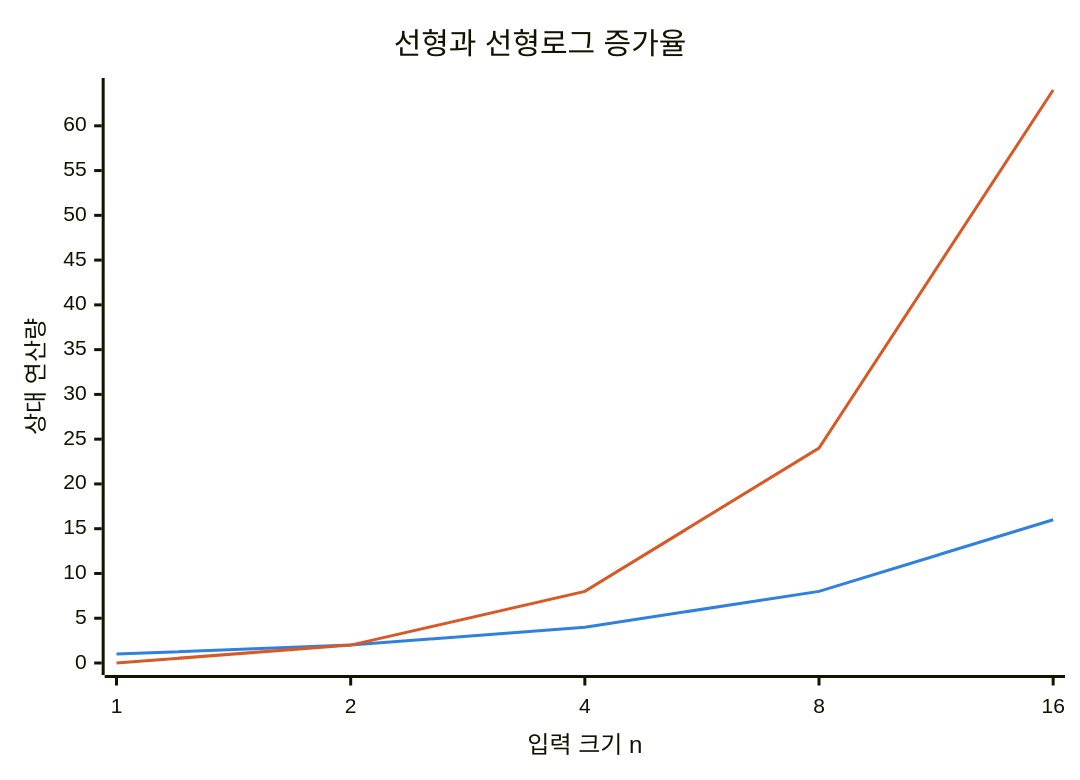
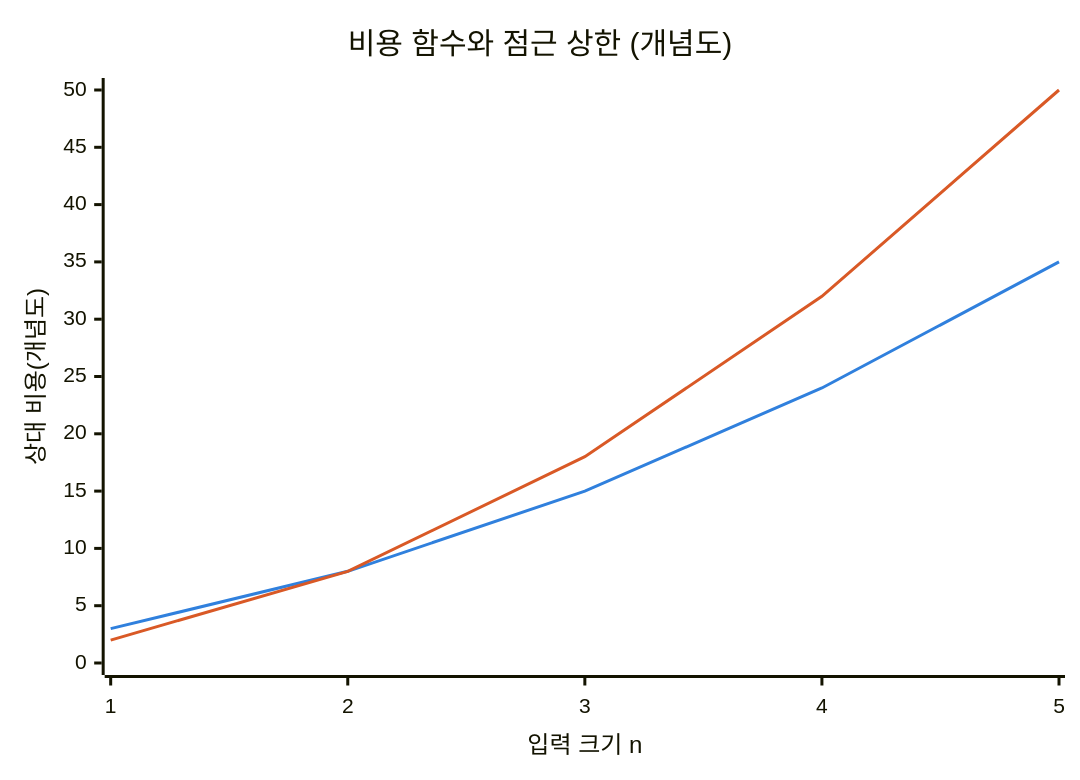
The first of 2 diagrams in src/content/docs/notes/01-basic-theory/002_big_o_notation.md (agnusdei1207/knowledge-base), drawn with Mermaid before and after one commit. The commit also changed other lines of this file and 20 other files, not shown here.

````diff
--- a/src/content/docs/notes/01-basic-theory/002_big_o_notation.md
+++ b/src/content/docs/notes/01-basic-theory/002_big_o_notation.md
@@ -67,9 +50,9 @@
 ```mermaid
 %%{init: {"themeVariables": {"xyChart": {"plotColorPalette": "#3080dd, #d95926"}}} }%%
 xychart-beta
-    title "선형과 선형로그 증가율"
-    x-axis "입력 크기 n" [1, 2, 4, 8, 16]
-    y-axis "상대 연산량" 0 --> 64
-    line [1, 2, 4, 8, 16]
-    line [0, 2, 8, 24, 64]
+    title "비용 함수와 점근 상한 (개념도)"
+    x-axis "입력 크기 n" [1, 2, 3, 4, 5]
+    y-axis "상대 비용(개념도)" 0 --> 50
+    line [3, 8, 15, 24, 35]
+    line [2, 8, 18, 32, 50]
 ```
````
